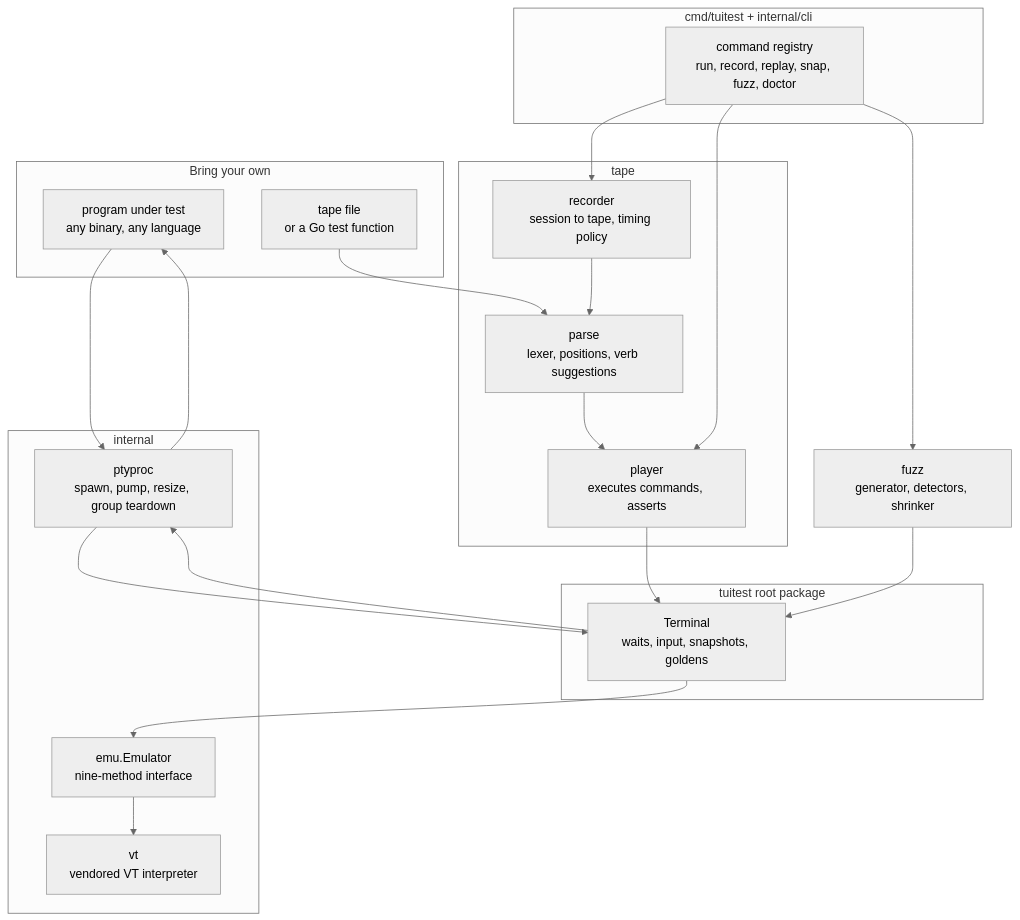
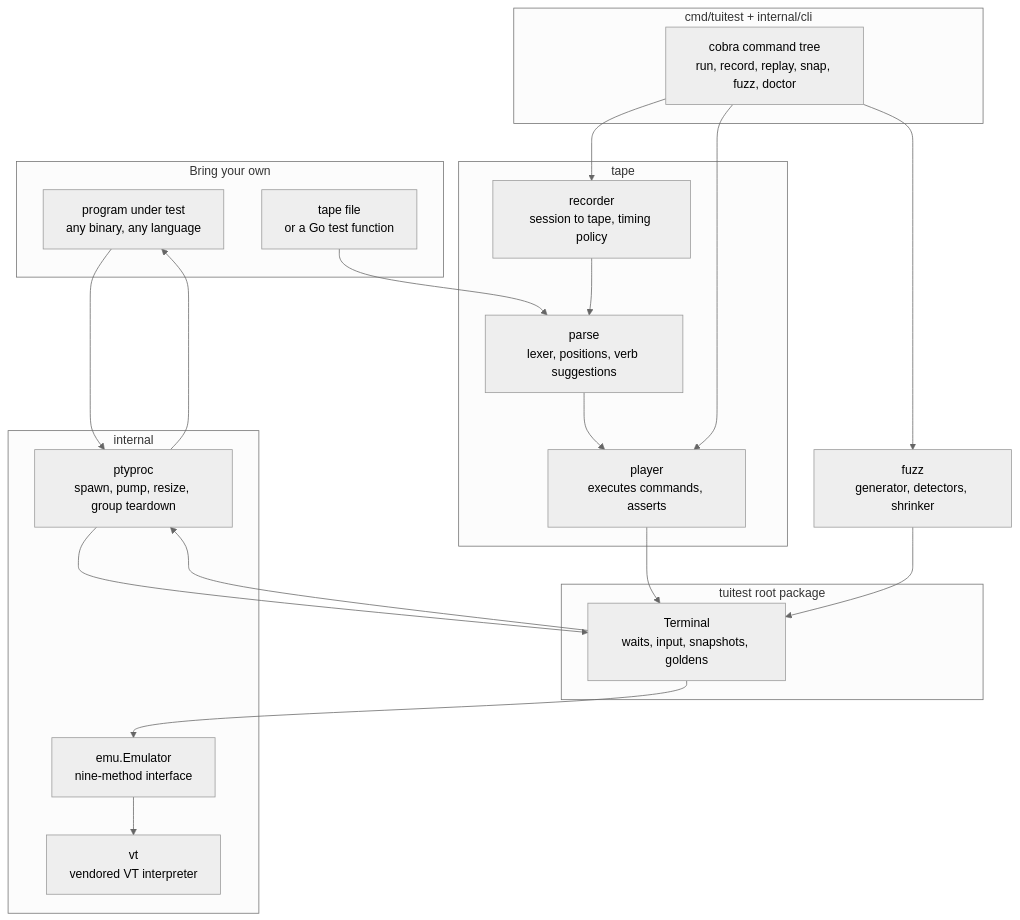
Before and after one commit to Gaurav-Gosain/tuitest: the first of 2 diagrams in README.md, drawn with Mermaid (neutral theme). The commit also changed other lines of this file and 17 other files, not shown here.

````diff
--- a/README.md
+++ b/README.md
@@ -104,36 +107,36 @@
 ```mermaid
 flowchart TB
   subgraph Bring["Bring your own"]
     PROG[program under test<br/>any binary, any language]
     TAPE[tape file<br/>or a Go test function]
   end
 
   subgraph CLI["cmd/tuitest + internal/cli"]
-    REG[command registry<br/>run, record, replay, snap, fuzz, doctor]
+    REG[cobra command tree<br/>run, record, replay, snap, fuzz, doctor]
   end
 
   subgraph Lang["tape"]
     PARSE[parse<br/>lexer, positions, verb suggestions]
     PLAY[player<br/>executes commands, asserts]
     REC[recorder<br/>session to tape, timing policy]
   end
 
   subgraph Core["tuitest root package"]
     TERM[Terminal<br/>waits, input, snapshots, goldens]
   end
 
   subgraph Low["internal"]
     PTY[ptyproc<br/>spawn, pump, resize, group teardown]
     EMU[emu.Emulator<br/>nine-method interface]
     VT[vt<br/>vendored VT interpreter]
   end
 
   FUZZ[fuzz<br/>generator, detectors, shrinker]
 
   TAPE --> PARSE --> PLAY --> TERM
   REG --> PLAY
   REG --> REC --> PARSE
   REG --> FUZZ --> TERM
   TERM --> PTY --> PROG
   PROG --> PTY --> TERM --> EMU --> VT
 ```
````
